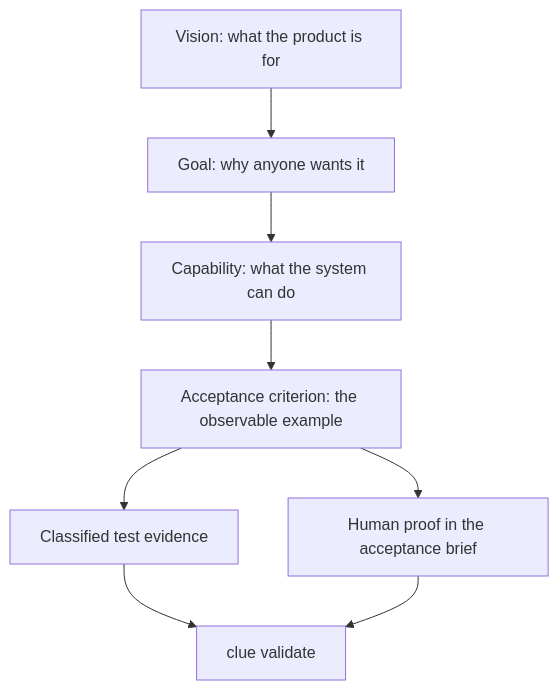
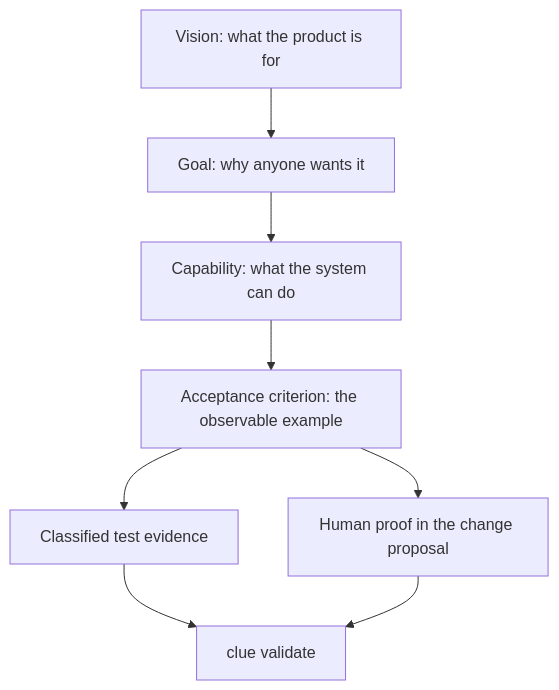
Before and after one commit to cliewen/cliewen: the first of 2 diagrams in guide/what-is-cliewen.md, drawn with Mermaid. The commit also changed other lines of this file and 73 other files, not shown here.

````diff
--- a/guide/what-is-cliewen.md
+++ b/guide/what-is-cliewen.md
@@ -12,10 +12,10 @@
 ```mermaid
 graph TD
   VI["Vision: what the product is for"] --> G
   G["Goal: why anyone wants it"] --> C["Capability: what the system can do"]
   C --> A["Acceptance criterion: the observable example"]
   A --> T["Classified test evidence"]
-  A --> H["Human proof in the acceptance brief"]
+  A --> H["Human proof in the change proposal"]
   T --> V["clue validate"]
   H --> V
 ```
````
